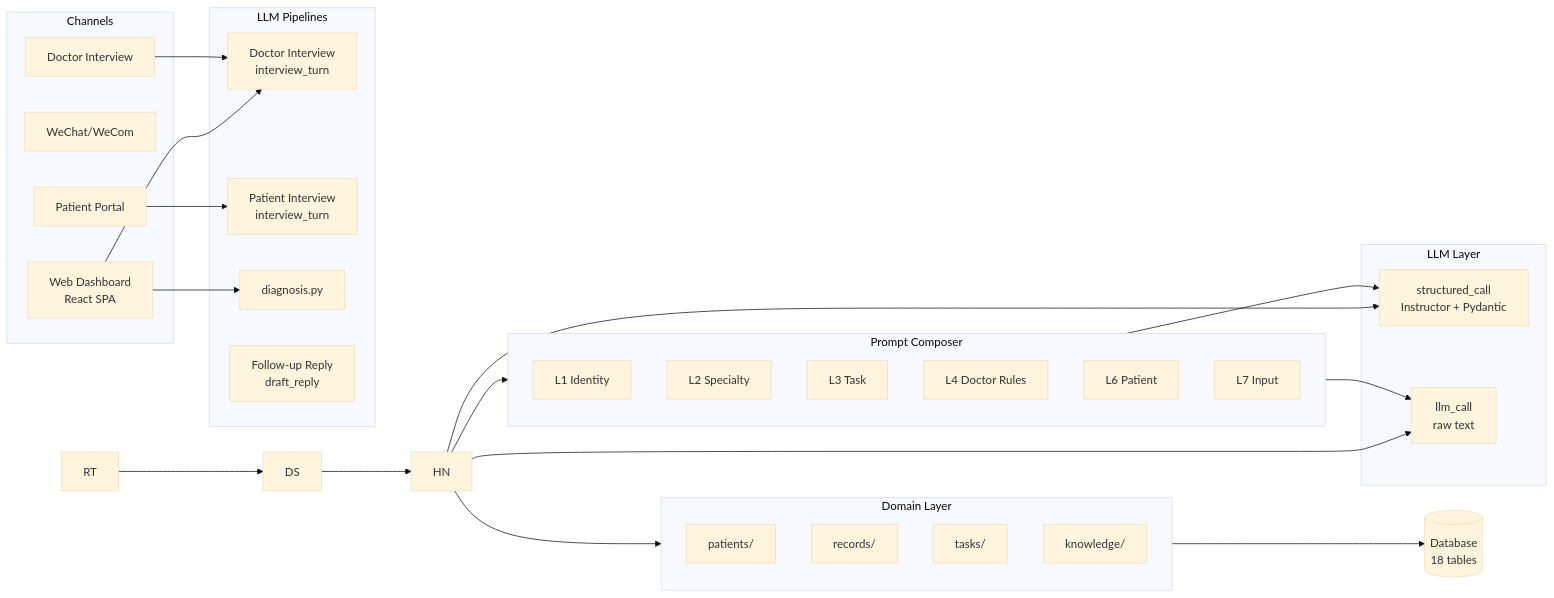
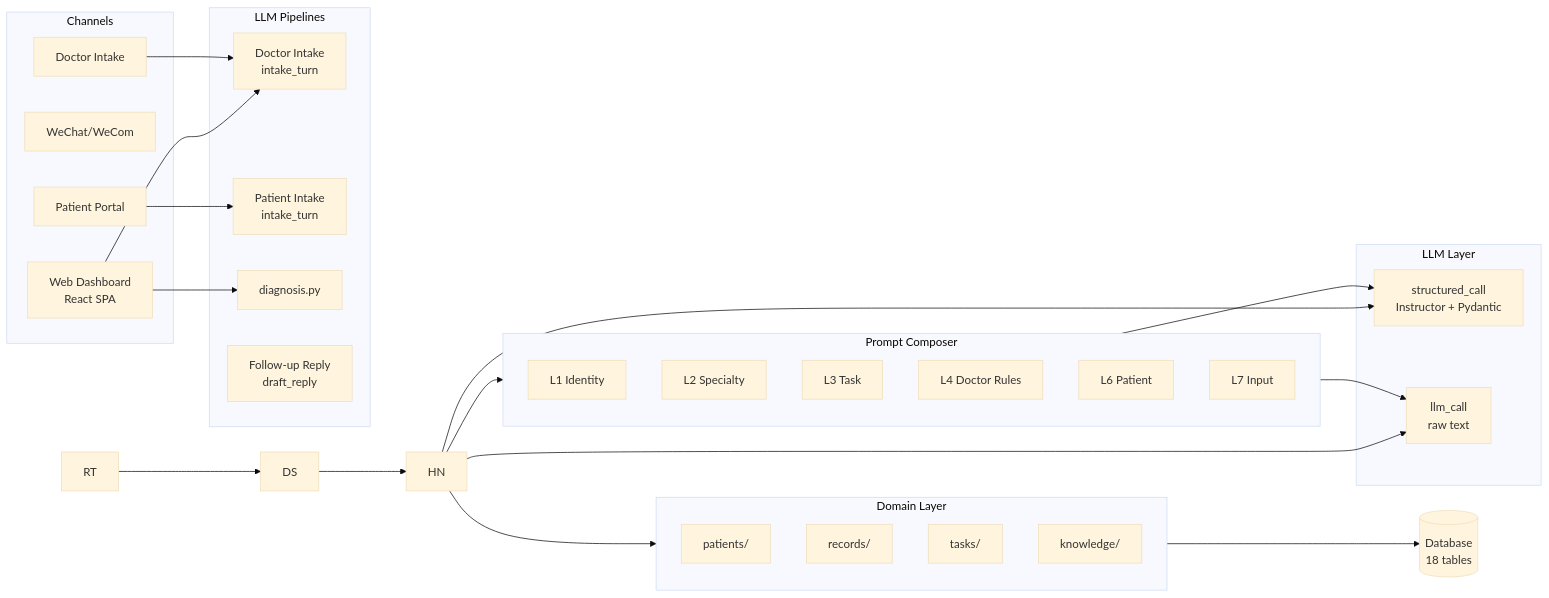
The first of 11 diagrams in docs/architecture.md (moments8890/doctor-ai-agent), drawn with Mermaid (base theme) before and after one commit. The commit also changed other lines of this file and 337 other files, not shown here.

````diff
--- a/docs/architecture.md
+++ b/docs/architecture.md
@@ -34,55 +34,55 @@
 ```mermaid
 graph LR
     subgraph Channels
         WEB[Web Dashboard<br/>React SPA]
         WX[WeChat/WeCom]
         PT[Patient Portal]
-        INT[Doctor Interview]
+        INT[Doctor Intake]
     end
 
     subgraph Pipelines["LLM Pipelines"]
-        DI[Doctor Interview<br/>interview_turn]
-        PI[Patient Interview<br/>interview_turn]
+        DI[Doctor Intake<br/>intake_turn]
+        PI[Patient Intake<br/>intake_turn]
         DX[Diagnosis<br/>run_diagnosis]
         FR[Follow-up Reply<br/>draft_reply]
     end
 
     subgraph LLM["LLM Layer"]
         SC[structured_call<br/>Instructor + Pydantic]
         LC[llm_call<br/>raw text]
     end
 
     WEB --> DI
     WEB --> DX
     PT --> PI
     INT --> DI
     RT --> DS --> HN
     HN --> SC
     HN --> LC
 
     subgraph Compose["Prompt Composer"]
         L1[L1 Identity]
         L2[L2 Specialty]
         L3[L3 Task]
         L4[L4 Doctor Rules]
         L6[L6 Patient]
         L7[L7 Input]
     end
 
     HN --> Compose
     Compose --> SC
     Compose --> LC
 
     subgraph Domain["Domain Layer"]
         PAT[patients/]
         REC[records/]
         TSK[tasks/]
         KNW[knowledge/]
         DX[diagnosis.py]
     end
 
     HN --> Domain
 
     DB[(Database<br/>18 tables)]
     Domain --> DB
 ```
````
